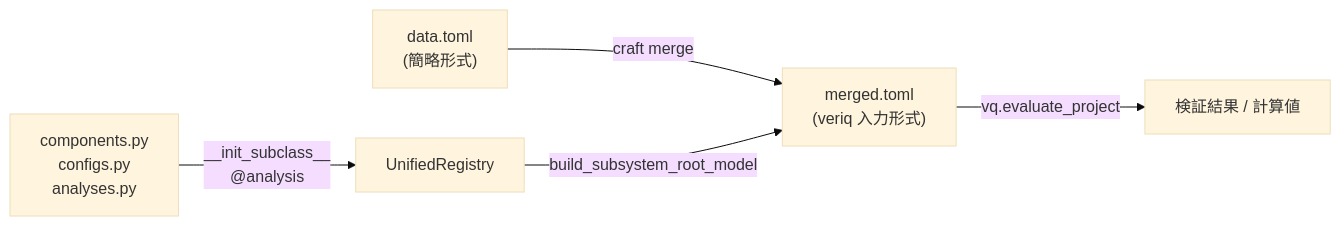
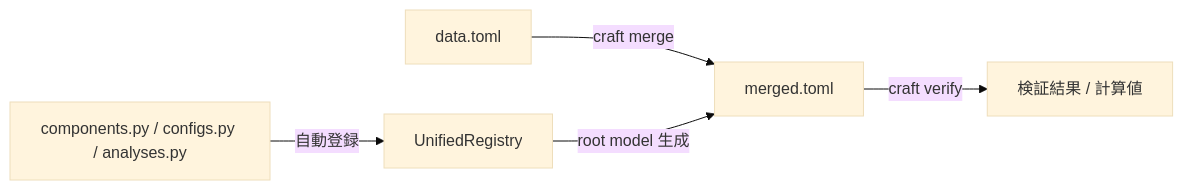
Before and after one commit to Akira-nkjm/craft: the diagram in docs/concepts.md, drawn with Mermaid (base theme). The commit also changed 1 other file, not shown here.

Commit message:
fix(docs): fix Mermaid parse errors in diagrams
Edge labels do not support <br> or @ symbols in Mermaid.
Simplified label text in concepts.md and index.md diagrams.

````diff
--- a/docs/concepts.md
+++ b/docs/concepts.md
@@ -9,7 +9,7 @@
 ```mermaid
 graph LR
-    A["components.py<br>configs.py<br>analyses.py"] -->|"__init_subclass__<br>@analysis"| B[UnifiedRegistry]
-    C["data.toml<br>(簡略形式)"] -->|"craft merge"| D["merged.toml<br>(veriq 入力形式)"]
-    B -->|"build_subsystem_root_model"| D
-    D -->|"vq.evaluate_project"| E["検証結果 / 計算値"]
+    A["components.py / configs.py / analyses.py"] -->|"自動登録"| B[UnifiedRegistry]
+    C["data.toml"] -->|"craft merge"| D["merged.toml"]
+    B -->|"root model 生成"| D
+    D -->|"craft verify"| E["検証結果 / 計算値"]
 ```
````
